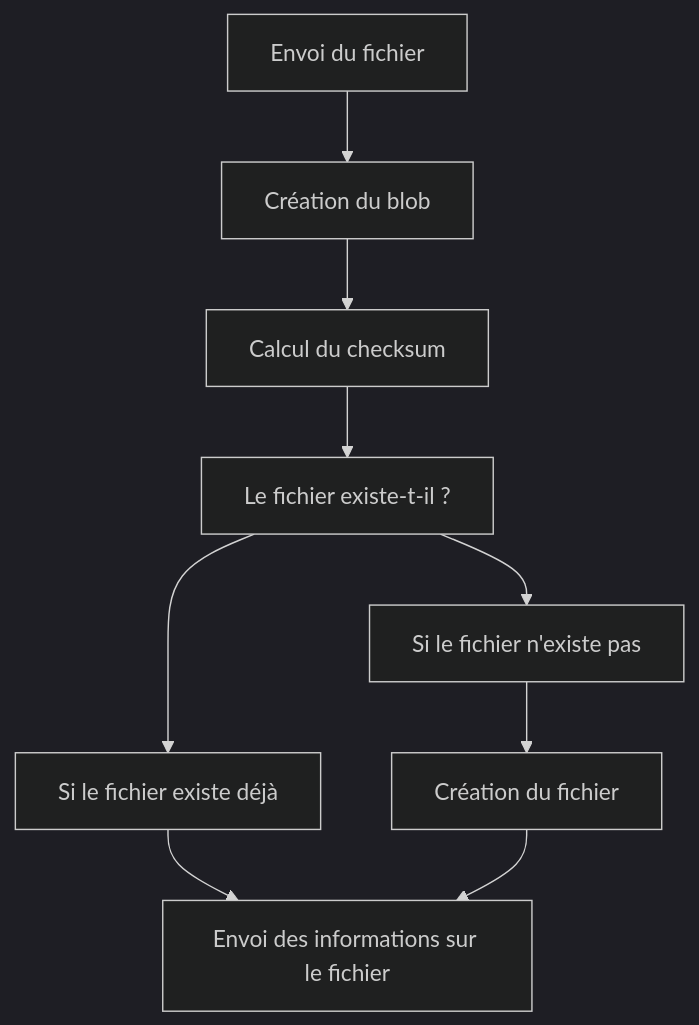
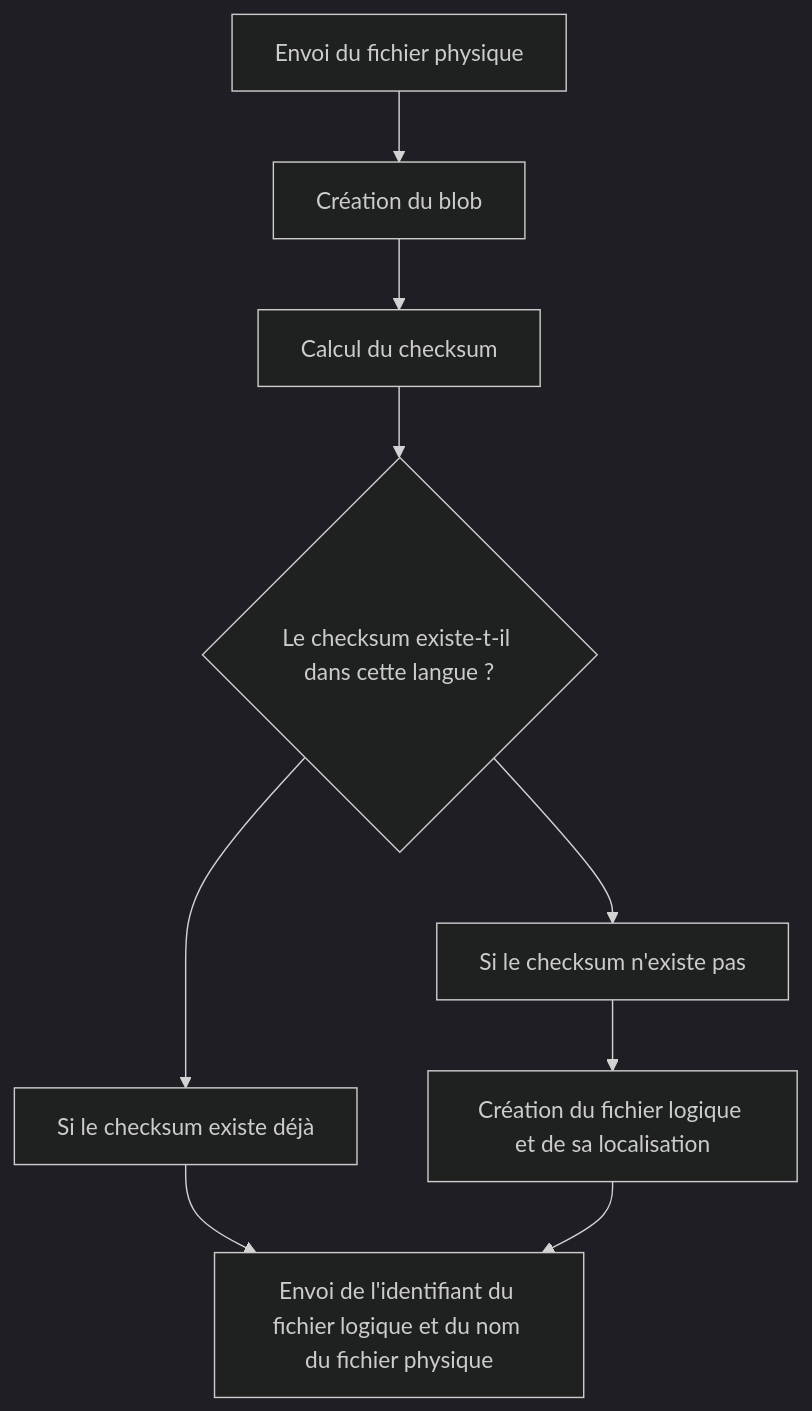
Before and after one commit to osunyorg/developers: the first of 4 diagrams in content/docs/admin/composants/file-library.md, drawn with Mermaid (dark theme). The commit also changed other lines of this file, not shown here.

````diff
--- a/content/docs/admin/composants/file-library.md
+++ b/content/docs/admin/composants/file-library.md
@@ -19,15 +45,15 @@
 ```mermaid
 graph TD;
-  Envoi-->CreationBlob-->Checksum-->Fichier;
-  Fichier-->FichierOui-->EnvoiInfos;
-  Fichier-->FichierNon-->CreationFichier-->EnvoiInfos;
+  Envoi-->CreationBlob-->Checksum-->Fichier
+  Fichier-->FichierOui-->EnvoiInfos
+  Fichier-->FichierNon-->CreationFichier-->EnvoiInfos
 
-  Envoi["Envoi du fichier"];
-  CreationBlob["Création du blob"];
-  Checksum["Calcul du checksum"];
-  Fichier["Le fichier existe-t-il ?"];
-  FichierOui["Si le fichier existe déjà"];
-  FichierNon["Si le fichier n'existe pas"];
-  CreationFichier["Création du fichier"];
-  EnvoiInfos["Envoi des informations sur le fichier"]
+  Envoi["Envoi du fichier physique"]
+  CreationBlob["Création du blob"]
+  Checksum["Calcul du checksum"]
+  Fichier{"Le checksum existe-t-il dans cette langue ?"}
+  FichierOui["Si le checksum existe déjà"]
+  FichierNon["Si le checksum n'existe pas"]
+  CreationFichier["Création du fichier logique et de sa localisation"]
+  EnvoiInfos["Envoi de l'identifiant du fichier logique et du nom du fichier physique"]
 ```
````
